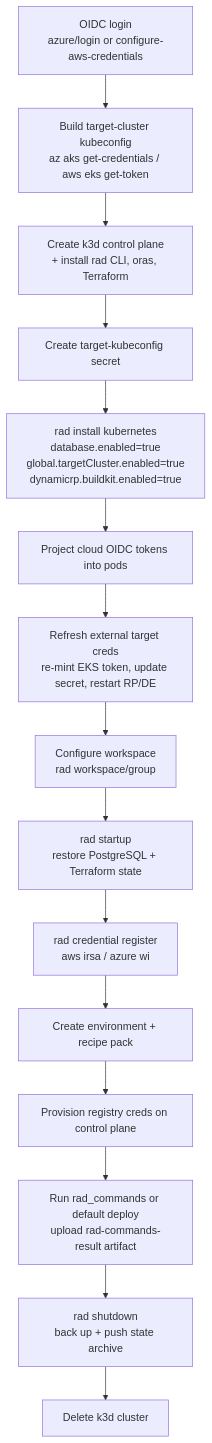
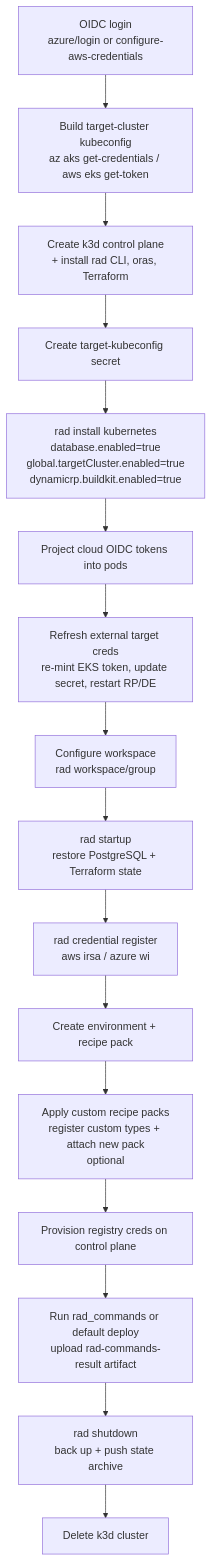
One commit to radius-project/radius changed the diagram in eng/design-notes/environments/2026-06-repo-radius-deploy-workflow.md. Above: the diagram before and after it, drawn with Mermaid.

Commit message:
Address PR review: add apply-custom-recipe-packs to workflow diagram
The workflow-stages Mermaid diagram skipped the apply-custom-recipe-packs
phase that runs between creating the environment/recipe pack and
provisioning registry creds. Add the (optional) node so the diagram
matches the documented and implemented step order.

````diff
--- a/eng/design-notes/environments/2026-06-repo-radius-deploy-workflow.md
+++ b/eng/design-notes/environments/2026-06-repo-radius-deploy-workflow.md
@@ -98,17 +98,18 @@
 ```mermaid
 flowchart TD
     A[OIDC login<br/>azure/login or configure-aws-credentials] --> B[Build target-cluster kubeconfig<br/>az aks get-credentials / aws eks get-token]
     B --> C[Create k3d control plane<br/>+ install rad CLI, oras, Terraform]
     C --> D[Create target-kubeconfig secret]
     D --> E[rad install kubernetes<br/>database.enabled=true<br/>global.targetCluster.enabled=true<br/>dynamicrp.buildkit.enabled=true]
     E --> F[Project cloud OIDC tokens into pods]
     F --> G[Refresh external target creds<br/>re-mint EKS token, update secret, restart RP/DE]
     G --> H[Configure workspace<br/>rad workspace/group]
     H --> I[rad startup<br/>restore PostgreSQL + Terraform state]
     I --> J[rad credential register<br/>aws irsa / azure wi]
     J --> K[Create environment + recipe pack]
-    K --> L[Provision registry creds on control plane]
+    K --> KA[Apply custom recipe packs<br/>register custom types + attach new pack<br/>optional]
+    KA --> L[Provision registry creds on control plane]
     L --> M[Run rad_commands or default deploy<br/>upload rad-commands-result artifact]
     M --> N[rad shutdown<br/>back up + push state archive]
     N --> O[Delete k3d cluster]
 ```
````
